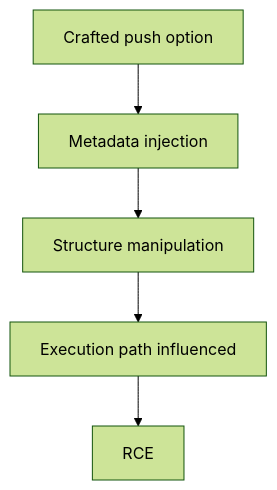
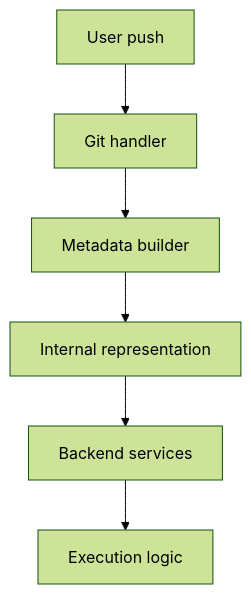
The second of 3 diagrams in cve/github/CVE-2026-3854.md (pullsec/hugo-content), drawn with Mermaid (forest theme) before and after one commit. The commit also changed other lines of this file, not shown here.

````diff
--- a/cve/github/CVE-2026-3854.md
+++ b/cve/github/CVE-2026-3854.md
@@ -103,8 +125,9 @@
 ```mermaid
 flowchart TD
-    A["Crafted push option"]
-        --> B["Metadata injection"]
-        --> C["Structure manipulation"]
-        --> D["Execution path influenced"]
-        --> E["RCE"]
+    A["User push"]
+        --> B["Git handler"]
+        --> C["Metadata builder"]
+        --> D["Internal representation"]
+        --> E["Backend services"]
+        --> F["Execution logic"]
 ```
````
